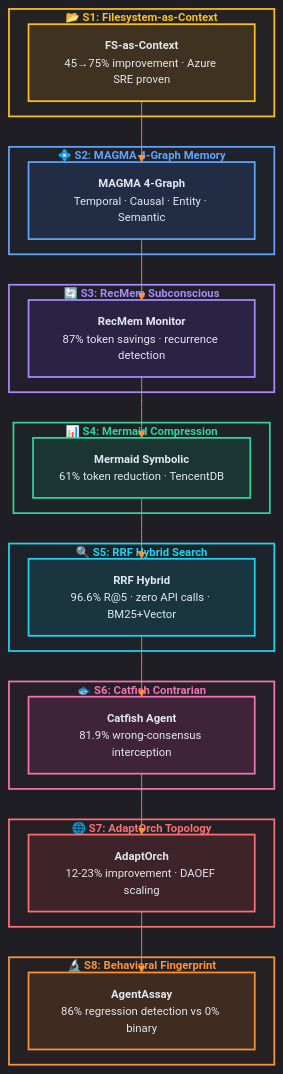
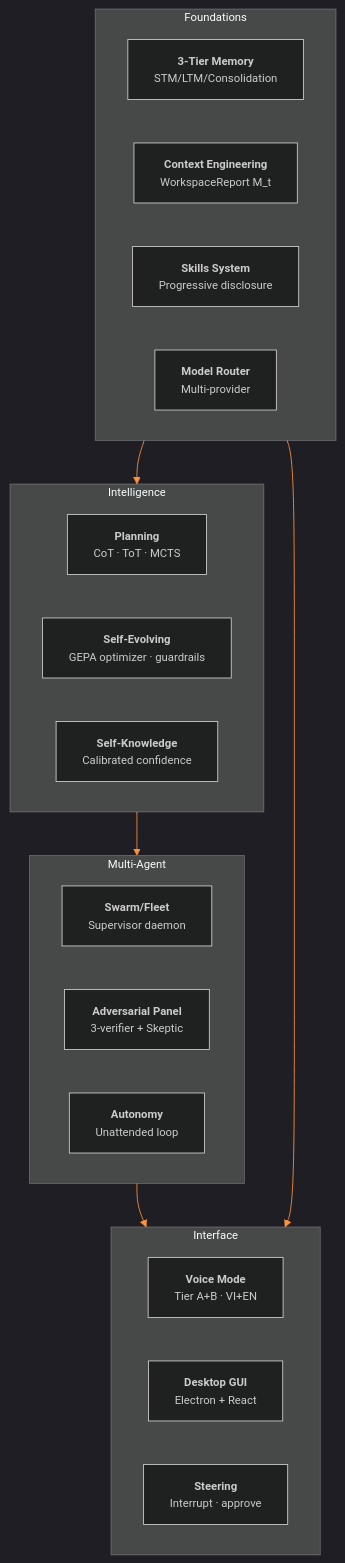
One commit to ndqkhanh/lyra changed the fifth of 12 diagrams in README.md. Above: the diagram before and after it, drawn with Mermaid. The commit also changed other lines of this file and 1 other file, not shown here.

First line of the commit message:
fix: replace stale 6-Tier Ultra Memory V4 marketing with actual 3-tier architecture

````diff
--- a/README.md
+++ b/README.md
@@ -403,70 +378,33 @@
 ```mermaid
-%%{init: {'theme': 'dark', 'themeVariables': {'primaryColor': '#f97316', 'lineColor': '#fb923c', 'fontSize': '13px'}, 'flowchart': {'nodeSpacing': 25, 'rankSpacing': 35}}}%%
+%%{init: {'theme': 'dark', 'themeVariables': {'primaryColor': '#f97316', 'lineColor': '#fb923c', 'fontSize': '13px'}}}%%
 graph TB
-    subgraph S1["<b style='color:#fbbf24;'>📂 S1: Filesystem-as-Context</b>"]
-        FS["<b>FS-as-Context</b><br/>45→75% improvement · Azure SRE proven"]
+    subgraph Foundation["Foundations"]
+        MEM["<b>3-Tier Memory</b><br/>STM/LTM/Consolidation"]
+        CTX["<b>Context Engineering</b><br/>WorkspaceReport M_t"]
+        SKL["<b>Skills System</b><br/>Progressive disclosure"]
+        RTR["<b>Model Router</b><br/>Multi-provider"]
     end
 
-    subgraph S2["<b style='color:#60a5fa;'>💠 S2: MAGMA 4-Graph Memory</b>"]
-        MAGMA["<b>MAGMA 4-Graph</b><br/>Temporal · Causal · Entity · Semantic"]
+    subgraph Intelligence["Intelligence"]
+        PLAN["<b>Planning</b><br/>CoT · ToT · MCTS"]
+        EVOL["<b>Self-Evolving</b><br/>GEPA optimizer · guardrails"]
+        SELF["<b>Self-Knowledge</b><br/>Calibrated confidence"]
     end
 
-    subgraph S3["<b style='color:#a78bfa;'>🔄 S3: RecMem Subconscious</b>"]
-        RecMem["<b>RecMem Monitor</b><br/>87% token savings · recurrence detection"]
+    subgraph Fleet["Multi-Agent"]
+        SWRM["<b>Swarm/Fleet</b><br/>Supervisor daemon"]
+        ADV["<b>Adversarial Panel</b><br/>3-verifier + Skeptic"]
+        AUTO["<b>Autonomy</b><br/>Unattended loop"]
     end
 
-    subgraph S4["<b style='color:#34d399;'>📊 S4: Mermaid Compression</b>"]
-        Mermaid["<b>Mermaid Symbolic</b><br/>61% token reduction · TencentDB"]
+    subgraph Interface["Interface"]
+        VOICE["<b>Voice Mode</b><br/>Tier A+B · VI+EN"]
+        DESK["<b>Desktop GUI</b><br/>Electron + React"]
+        STEER["<b>Steering</b><br/>Interrupt · approve"]
     end
 
-    subgraph S5["<b style='color:#22d3ee;'>🔍 S5: RRF Hybrid Search</b>"]
-        RRF["<b>RRF Hybrid</b><br/>96.6% R@5 · zero API calls · BM25+Vector"]
-    end
-
-    subgraph S6["<b style='color:#f472b6;'>🐟 S6: Catfish Contrarian</b>"]
-        Catfish["<b>Catfish Agent</b><br/>81.9% wrong-consensus interception"]
-    end
-
-    subgraph S7["<b style='color:#f87171;'>🌐 S7: AdaptOrch Topology</b>"]
-        Adapt["<b>AdaptOrch</b><br/>12-23% improvement · DAOEF scaling"]
-    end
-
-    subgraph S8["<b style='color:#fb923c;'>🔬 S8: Behavioral Fingerprint</b>"]
-        Fingerprint["<b>AgentAssay</b><br/>86% regression detection vs 0% binary"]
-    end
-
-    FS --> MAGMA
-    MAGMA --> RecMem
-    RecMem --> Mermaid
-    Mermaid --> RRF
-    RRF --> Catfish
-    Catfish --> Adapt
-    Adapt --> Fingerprint
-
-    classDef s1 fill:#f59e0b20,stroke:#fbbf24,stroke-width:2px,color:#e2e8f0
-    classDef s2 fill:#3b82f620,stroke:#60a5fa,stroke-width:2px,color:#e2e8f0
-    classDef s3 fill:#7c3aed20,stroke:#a78bfa,stroke-width:2px,color:#e2e8f0
-    classDef s4 fill:#10b98120,stroke:#34d399,stroke-width:2px,color:#e2e8f0
-    classDef s5 fill:#06b6d420,stroke:#22d3ee,stroke-width:2px,color:#e2e8f0
-    classDef s6 fill:#ec489920,stroke:#f472b6,stroke-width:2px,color:#e2e8f0
-    classDef s7 fill:#ef444420,stroke:#f87171,stroke-width:2px,color:#e2e8f0
-    classDef s8 fill:#f9731620,stroke:#fb923c,stroke-width:2px,color:#e2e8f0
-
-    class FS s1
-    class MAGMA s2
-    class RecMem s3
-    class Mermaid s4
-    class RRF s5
-    class Catfish s6
-    class Adapt s7
-    class Fingerprint s8
-
-    style S1 fill:#f59e0b08,stroke:#fbbf24,stroke-width:2px
-    style S2 fill:#3b82f608,stroke:#60a5fa,stroke-width:2px
-    style S3 fill:#7c3aed08,stroke:#a78bfa,stroke-width:2px
-    style S4 fill:#10b98108,stroke:#34d399,stroke-width:2px
-    style S5 fill:#06b6d408,stroke:#22d3ee,stroke-width:2px
-    style S6 fill:#ec489908,stroke:#f472b6,stroke-width:2px
-    style S7 fill:#ef444408,stroke:#f87171,stroke-width:2px
-    style S8 fill:#f9731608,stroke:#fb923c,stroke-width:2px
+    Foundation --> Intelligence
+    Intelligence --> Fleet
+    Fleet --> Interface
+    Foundation --> Interface
 ```
````
